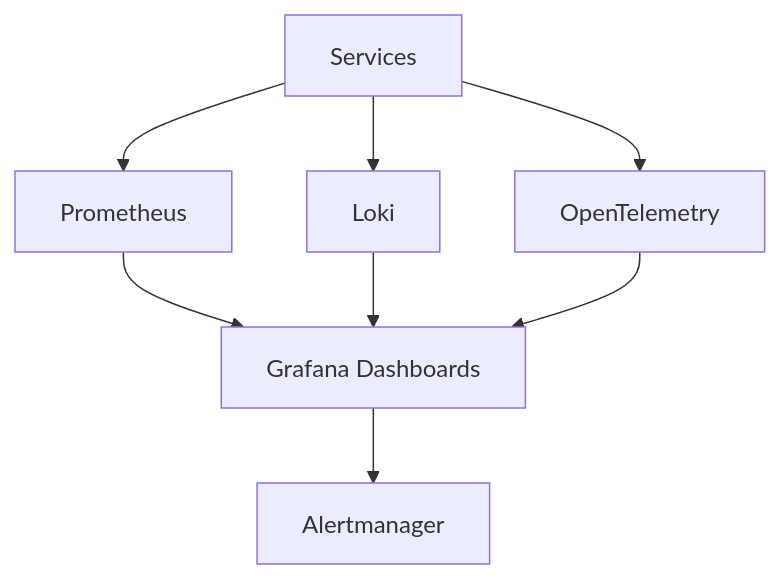
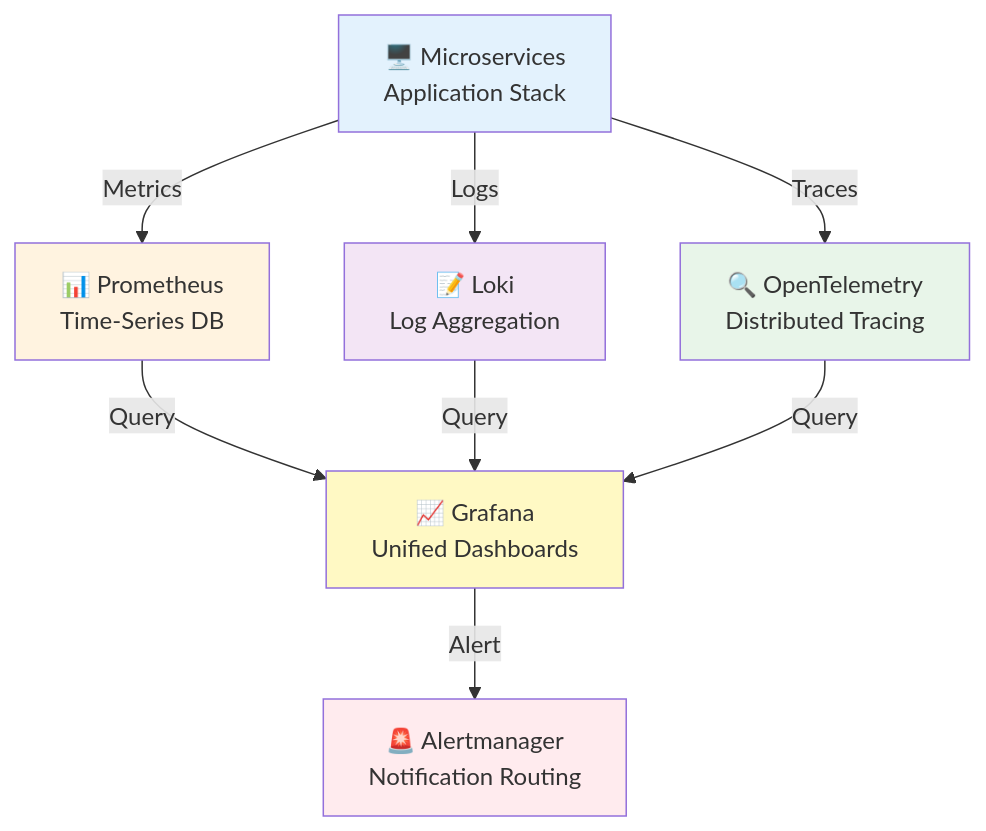
Before and after one commit to samueljackson-collab/Samueljackson-collab: the sixth of 28 diagrams in README.md, drawn with Mermaid. The commit also changed other lines of this file, not shown here.

Commit message:
Enhanced all diagrams with detailed labels, icons, and styling

````diff
--- a/README.md
+++ b/README.md
@@ -276,10 +308,17 @@
 ```mermaid
 flowchart TD
-  Apps[Services] --> Metrics[Prometheus]
-  Apps --> Logs[Loki]
-  Apps --> Traces[OpenTelemetry]
-  Metrics --> Grafana[Grafana Dashboards]
-  Logs --> Grafana
-  Traces --> Grafana
-  Grafana --> Alerts[Alertmanager]
+  Apps[🖥️ Microservices<br/>Application Stack] -->|Metrics| Metrics[📊 Prometheus<br/>Time-Series DB]
+  Apps -->|Logs| Logs[📝 Loki<br/>Log Aggregation]
+  Apps -->|Traces| Traces[🔍 OpenTelemetry<br/>Distributed Tracing]
+  Metrics -->|Query| Grafana[📈 Grafana<br/>Unified Dashboards]
+  Logs -->|Query| Grafana
+  Traces -->|Query| Grafana
+  Grafana -->|Alert| Alerts[🚨 Alertmanager<br/>Notification Routing]
+  
+  style Apps fill:#e3f2fd
+  style Metrics fill:#fff3e0
+  style Logs fill:#f3e5f5
+  style Traces fill:#e8f5e9
+  style Grafana fill:#fff9c4
+  style Alerts fill:#ffebee
 ```
````
